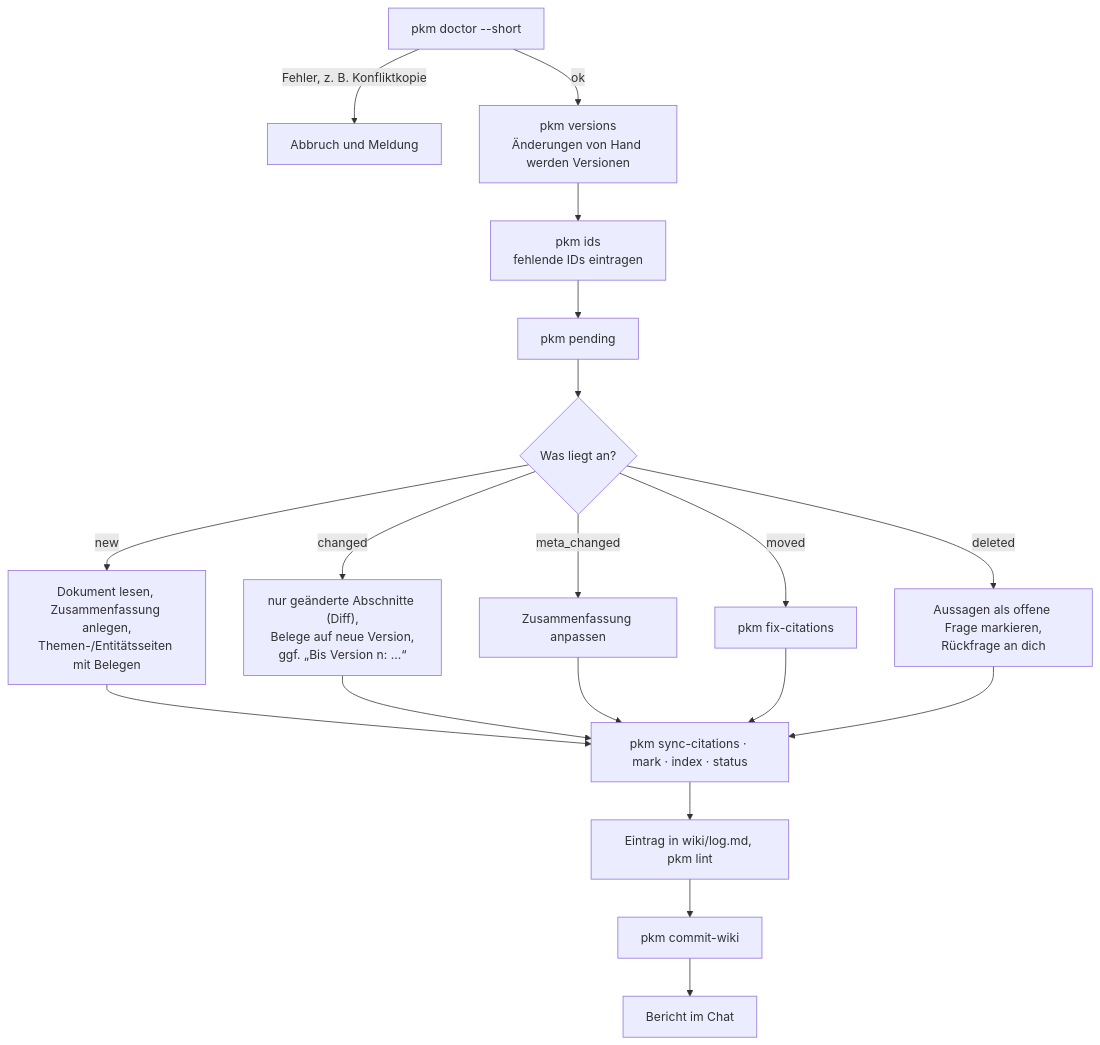
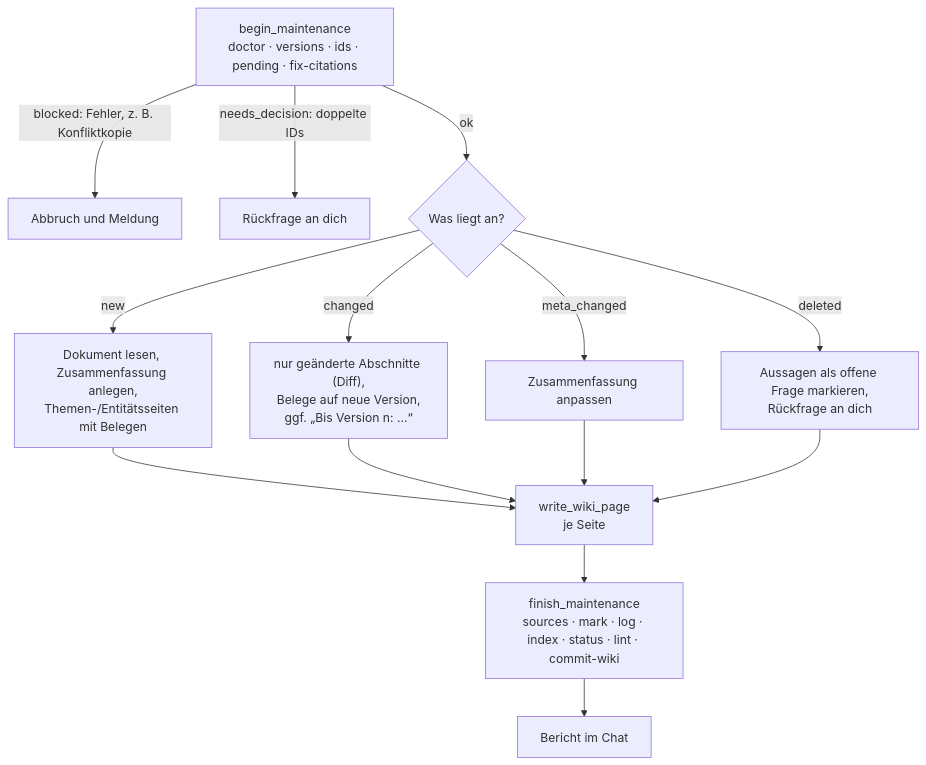
The third of 4 diagrams in README.md (achim0x/pkm-llm-wiki), drawn with Mermaid before and after one commit. The commit also changed other lines of this file and 10 other files, not shown here.

First line of the commit message:
Add pkm-pflege MCP server for wiki maintenance

````diff
--- a/README.md
+++ b/README.md
@@ -365,21 +369,16 @@
 ```mermaid
 flowchart TD
-    A["pkm doctor --short"] -->|Fehler, z. B. Konfliktkopie| X["Abbruch und Meldung"]
-    A -->|ok| B["pkm versions<br/>Änderungen von Hand werden Versionen"]
-    B --> C["pkm ids<br/>fehlende IDs eintragen"]
-    C --> D["pkm pending"]
-    D --> E{"Was liegt an?"}
+    A["begin_maintenance<br/>doctor · versions · ids · pending · fix-citations"] -->|"blocked: Fehler, z. B. Konfliktkopie"| X["Abbruch und Meldung"]
+    A -->|"needs_decision: doppelte IDs"| Q["Rückfrage an dich"]
+    A -->|ok| E{"Was liegt an?"}
     E -->|new| F["Dokument lesen, Zusammenfassung anlegen,<br/>Themen-/Entitätsseiten mit Belegen"]
     E -->|changed| G["nur geänderte Abschnitte (Diff),<br/>Belege auf neue Version,<br/>ggf. „Bis Version n: …“"]
     E -->|meta_changed| H["Zusammenfassung anpassen"]
-    E -->|moved| I["pkm fix-citations"]
     E -->|deleted| J["Aussagen als offene Frage markieren,<br/>Rückfrage an dich"]
-    F --> K["pkm sync-citations · mark · index · status"]
-    G --> K
-    H --> K
-    I --> K
-    J --> K
-    K --> L["Eintrag in wiki/log.md, pkm lint"]
-    L --> M["pkm commit-wiki"]
-    M --> N["Bericht im Chat"]
+    F --> W["write_wiki_page<br/>je Seite"]
+    G --> W
+    H --> W
+    J --> W
+    W --> K["finish_maintenance<br/>sources · mark · log · index · status · lint · commit-wiki"]
+    K --> N["Bericht im Chat"]
 ```
````
